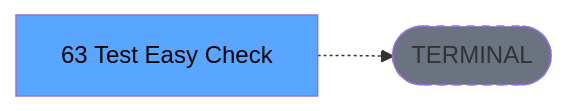
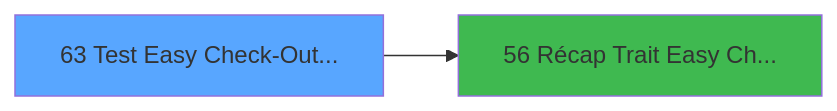
One commit to thonyAGP/magic-migration changed the third of 3 diagrams in .openspec/specs/ADH-IDE-63.md. Above: the diagram before and after it, drawn with Mermaid. The commit also changed other lines of this file and 493 other files, not shown here.

````diff
--- a/.openspec/specs/ADH-IDE-63.md
+++ b/.openspec/specs/ADH-IDE-63.md
@@ -145,8 +241,8 @@
 ```mermaid
 graph LR
-    T[63 Test Easy Check]
-    TERM([TERMINAL])
-    T -.-> TERM
-    style TERM fill:#6b7280,stroke-dasharray: 5 5
-    style T fill:#58a6ff,color:#000
+    T63[63 Test Easy Check-Out...]
+    style T63 fill:#58a6ff
+    C56[56 Récap Trait Easy Ch...]
+    T63 --> C56
+    style C56 fill:#3fb950
 ```
````
